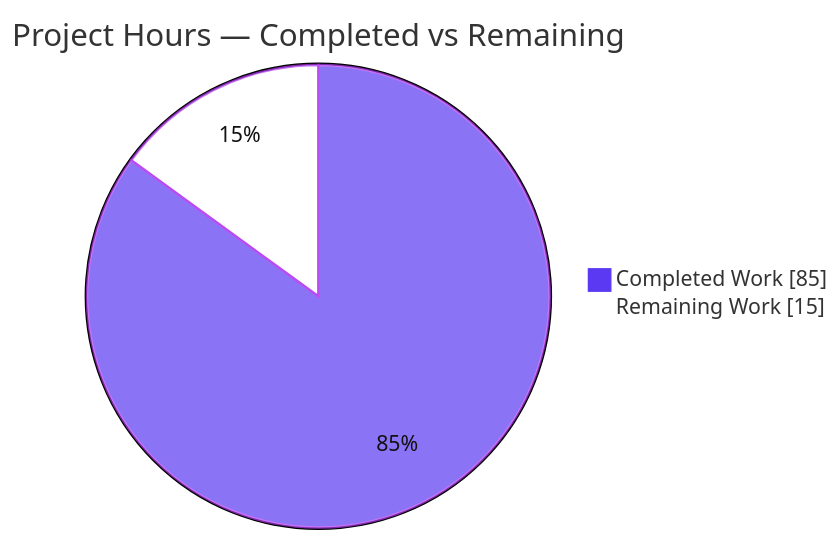
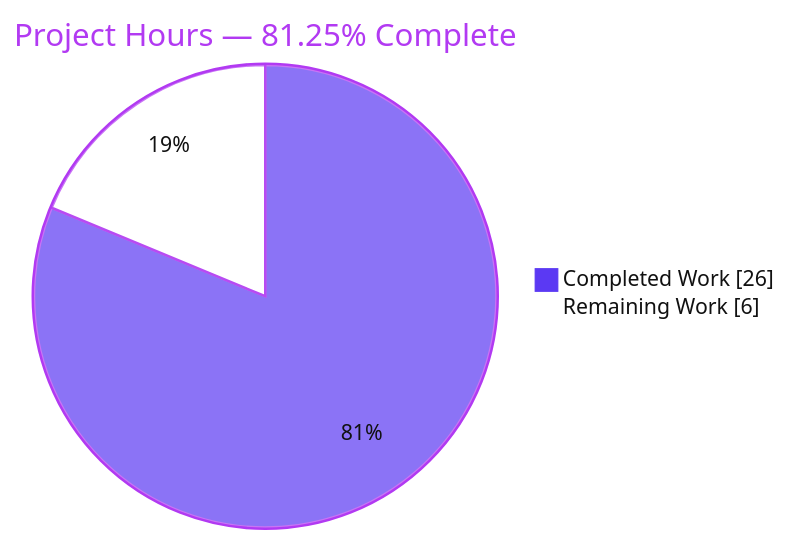
Before and after one commit to blitzy-public-samples/blitzy-WebVella-ERP: the second of 3 diagrams in blitzy/documentation/Project Guide.md, drawn with Mermaid. The commit also changed other lines of this file, not shown here.

Commit message:
Adding Blitzy Project Guide: Project Status and Human Tasks Remaining

````diff
--- a/blitzy/documentation/Project Guide.md
+++ b/blitzy/documentation/Project Guide.md
@@ -216,6 +188,6 @@
 ```mermaid
-%%{init: {'theme':'base', 'themeVariables':{'pie1':'#5B39F3','pie2':'#FFFFFF','pieStrokeColor':'#B23AF2','pieStrokeWidth':'2px','pieOuterStrokeWidth':'2px','pieSectionTextColor':'#111111'}}}%%
-pie showData title Project Hours — Completed vs Remaining
-    "Completed Work" : 85
-    "Remaining Work" : 15
+%%{init: {'theme':'base', 'themeVariables': {'pie1':'#5B39F3','pie2':'#FFFFFF','pieStrokeColor':'#B23AF2','pieOuterStrokeColor':'#B23AF2','pieTitleTextColor':'#B23AF2','pieSectionTextColor':'#111111','pieLegendTextColor':'#111111','pieStrokeWidth':'2px','pieOuterStrokeWidth':'2px'}}}%%
+pie showData title Project Hours — 81.25% Complete
+    "Completed Work" : 26
+    "Remaining Work" : 6
 ```
````
